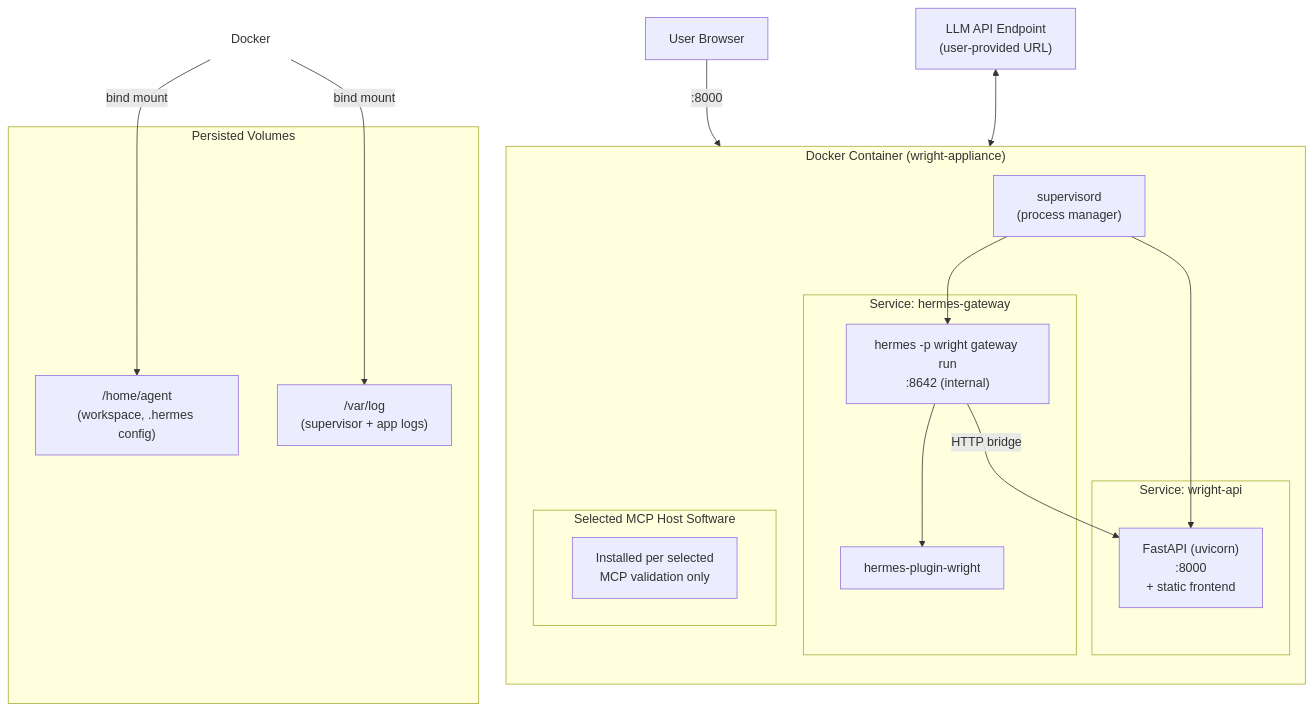
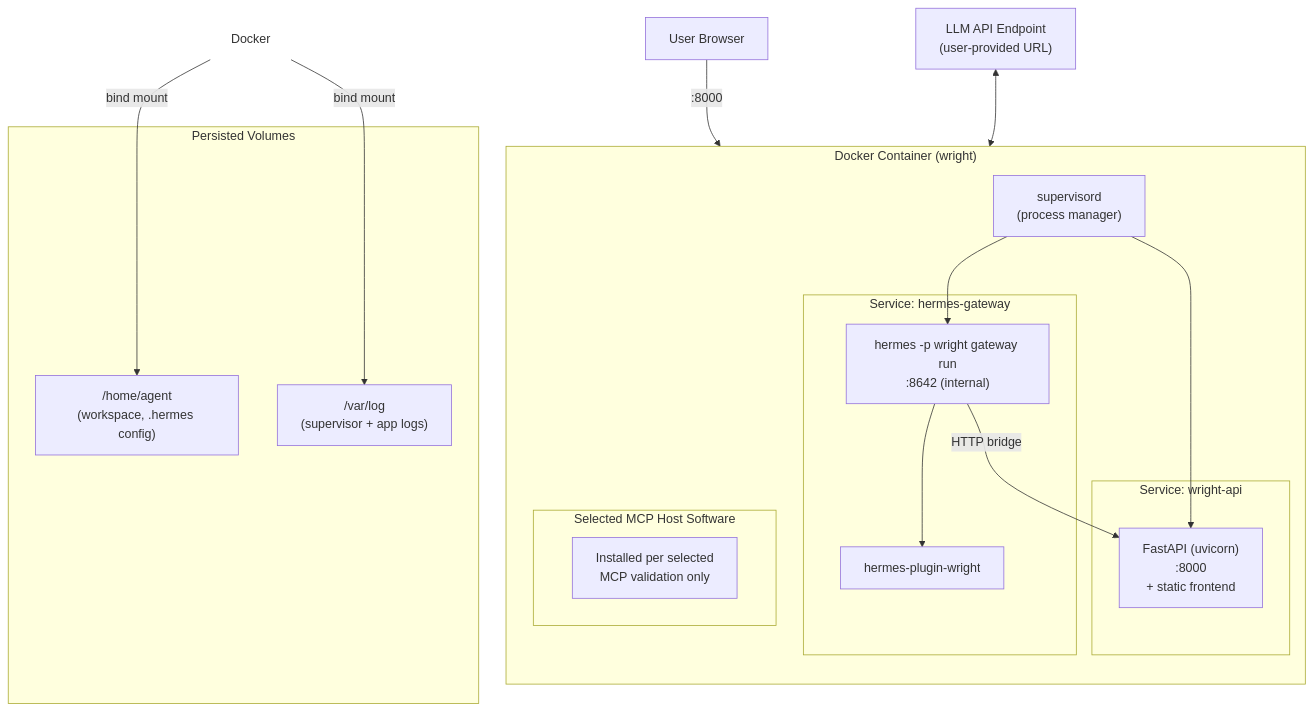
Before and after one commit to burhop/wright: the third of 8 diagrams in docs/deployment-configurations.md, drawn with Mermaid. The commit also changed other lines of this file and 20 other files, not shown here.

````diff
--- a/docs/deployment-configurations.md
+++ b/docs/deployment-configurations.md
@@ -195,38 +195,38 @@
 ```mermaid
 graph TB
-    subgraph "Docker Container (wright-appliance)"
+    subgraph "Docker Container (wright)"
         direction TB
         SUPER["supervisord<br/>(process manager)"]
 
         subgraph "Service: wright-api"
             API2["FastAPI (uvicorn)<br/>:8000<br/>+ static frontend"]
         end
 
         subgraph "Service: hermes-gateway"
             GW2["hermes -p wright gateway run<br/>:8642 (internal)"]
             PLUG2["hermes-plugin-wright"]
             GW2 --> PLUG2
         end
 
         subgraph "Selected MCP Host Software"
             MCPHOST["Installed per selected<br/>MCP validation only"]
         end
 
         SUPER --> API2
         SUPER --> GW2
         GW2 -- "HTTP bridge" --> API2
     end
 
     subgraph "Persisted Volumes"
         VOL_HOME["/home/agent<br/>(workspace, .hermes config)"]
         VOL_LOG["/var/log<br/>(supervisor + app logs)"]
     end
 
     Docker -- "bind mount" --> VOL_HOME
     Docker -- "bind mount" --> VOL_LOG
 
     USER2["User Browser"] -- ":8000" --> API2
     LLM2["LLM API Endpoint<br/>(user-provided URL)"] <--> GW2
 
     style Docker fill:none,stroke:none
 ```
````
